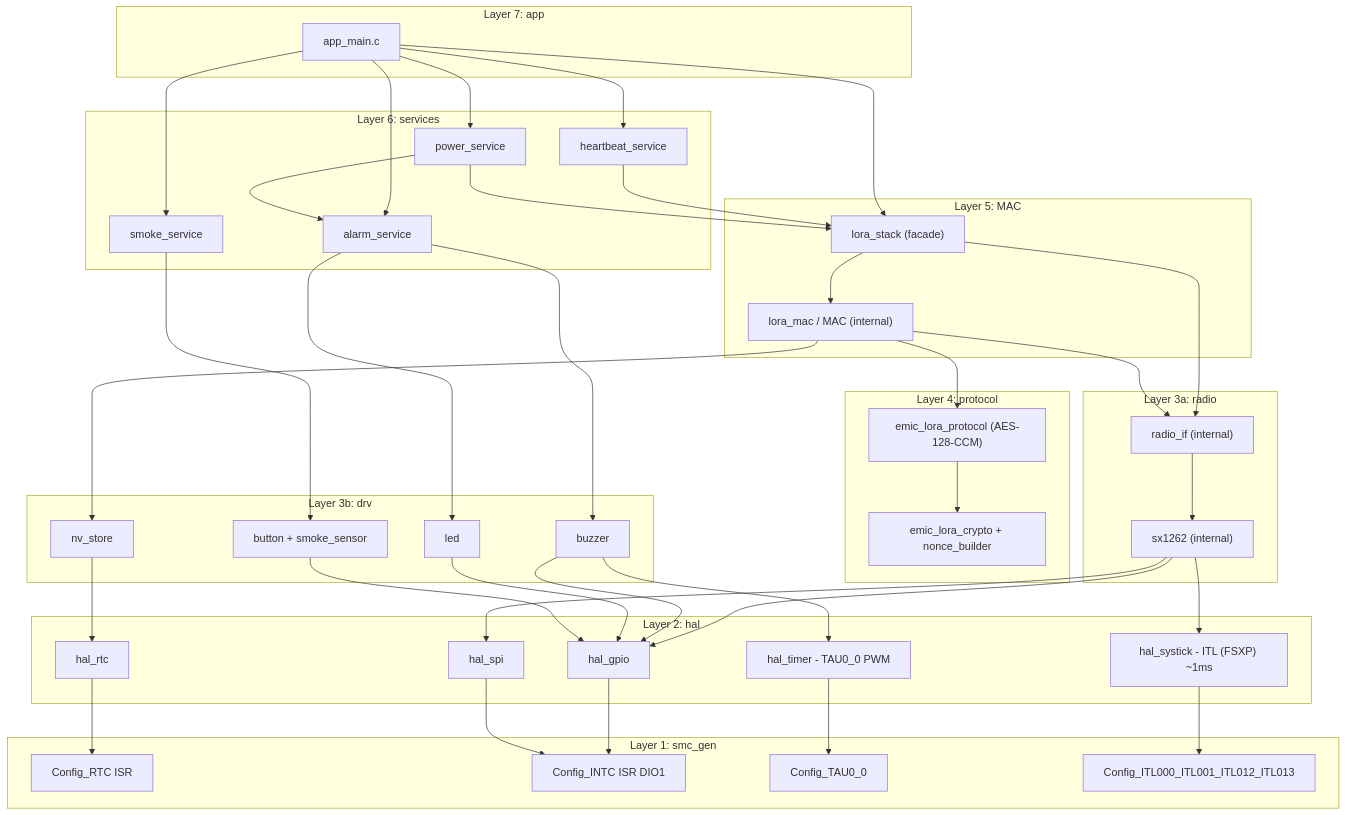
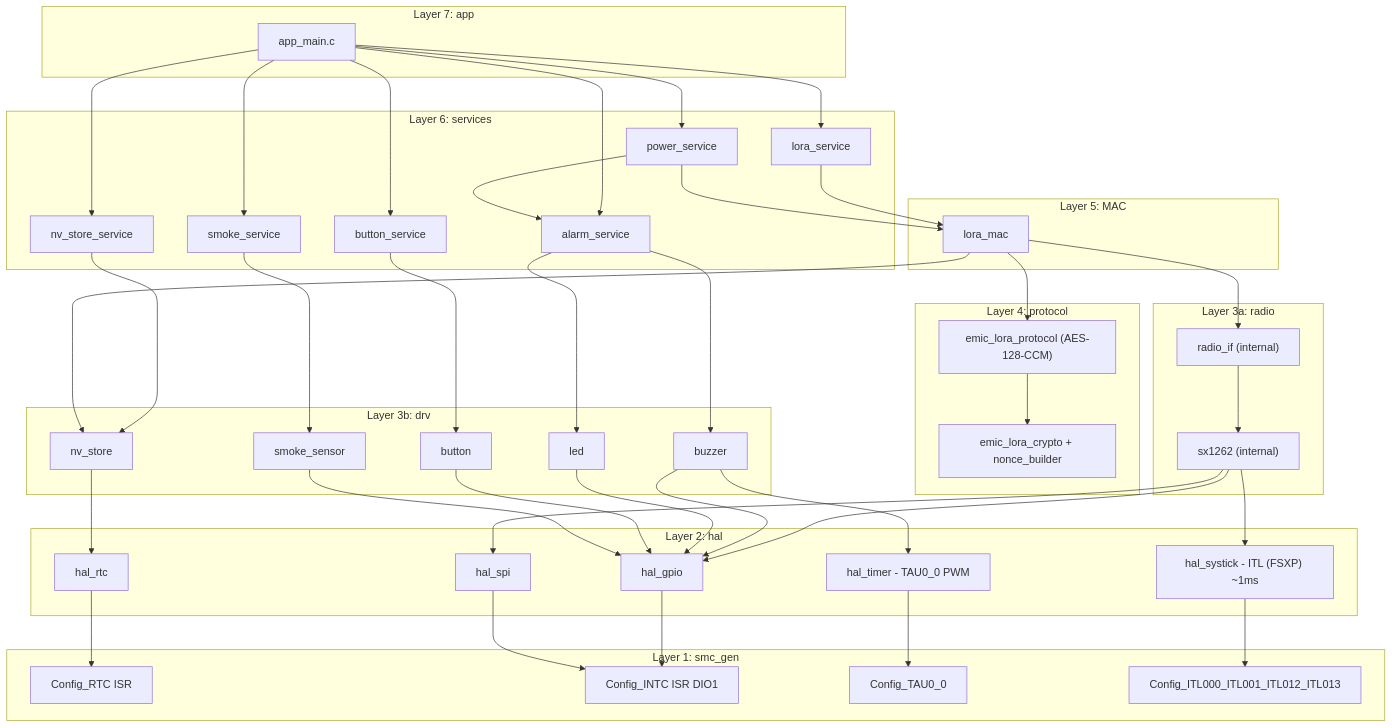
Before and after one commit to vuvantruong120896/emic_lora_protocol: the first of 10 diagrams in EMIC_LORA_PROTOCOL/docs/layer_call_flow.md, drawn with Mermaid. The commit also changed other lines of this file and 41 other files, not shown here.

```diff
--- a/EMIC_LORA_PROTOCOL/docs/layer_call_flow.md
+++ b/EMIC_LORA_PROTOCOL/docs/layer_call_flow.md
@@ -21,14 +22,15 @@
 
   subgraph SVC[Layer 6: services]
     S1["alarm_service"]
-    S2["smoke_service"]
-    S3["heartbeat_service"]
-    S4["power_service"]
+    S2["button_service"]
+    S3["smoke_service"]
+    S4["lora_service"]
+    S5["nv_store_service"]
+    S6["power_service"]
   end
 
   subgraph LINK[Layer 5: MAC]
-    L0["lora_stack (facade)"]
-    L1["lora_mac / MAC (internal)"]
+    L1["lora_mac"]
   end
 
   subgraph PROTO[Layer 4: protocol]
@@ -44,8 +46,9 @@
   subgraph DRV[Layer 3b: drv]
     D1["buzzer"]
     D2["led"]
-    D3["button + smoke_sensor"]
-    D4["nv_store"]
+    D3["button"]
+    D4["smoke_sensor"]
+    D5["nv_store"]
   end
 
   subgraph HAL[Layer 2: hal]
@@ -67,21 +70,21 @@
   A1 --> S2
   A1 --> S3
   A1 --> S4
-  A1 --> L0
+  A1 --> S5
+  A1 --> S6
 
-  S3 --> L0
+  S4 --> L1
   S1 --> D1
   S1 --> D2
   S2 --> D3
-  S4 --> L0
-  S4 --> S1
-
-  L0 --> L1
-  L0 --> R1
+  S3 --> D4
+  S5 --> D5
+  S6 --> L1
+  S6 --> S1
 
   L1 --> R1
   L1 --> P1
-  L1 --> D4
+  L1 --> D5
   P1 --> P2
 
   R1 --> R2
@@ -93,7 +96,8 @@
   D1 --> H4
   D2 --> H1
   D3 --> H1
-  D4 --> H3
+  D4 --> H1
+  D5 --> H3
 
   H1 --> G2
   H2 --> G2
```
